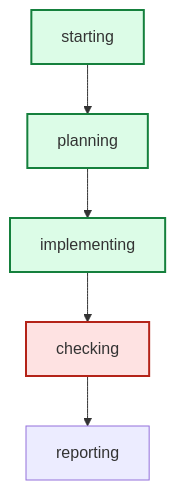
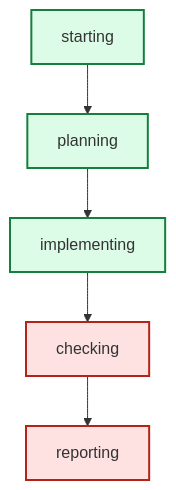
Before and after one commit to daniell0gda/hermes-feature-check-dashboard: the diagram in runs/r82-porter-broad-sweep/graph.mmd, drawn with Mermaid. The commit also changed 15 other files, not shown here.

```diff
--- a/runs/r82-porter-broad-sweep/graph.mmd
+++ b/runs/r82-porter-broad-sweep/graph.mmd
@@ -1,13 +1,14 @@
 graph TD
     starting --> planning
     planning --> implementing
     implementing --> checking
     checking --> reporting
 
 classDef done fill:#dcfce7,stroke:#15803d,stroke-width:2px;
 classDef active fill:#dbeafe,stroke:#2563eb,stroke-width:3px;
 classDef failed fill:#fee2e2,stroke:#b42318,stroke-width:2px;
 class checking failed;
 class starting done;
+class reporting failed;
 class planning done;
 class implementing done;
```
